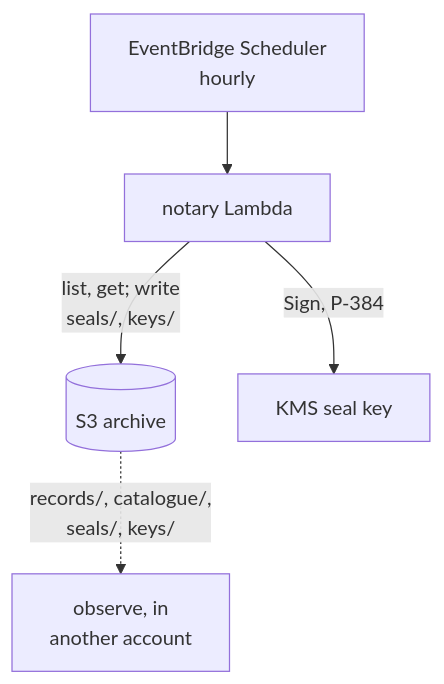
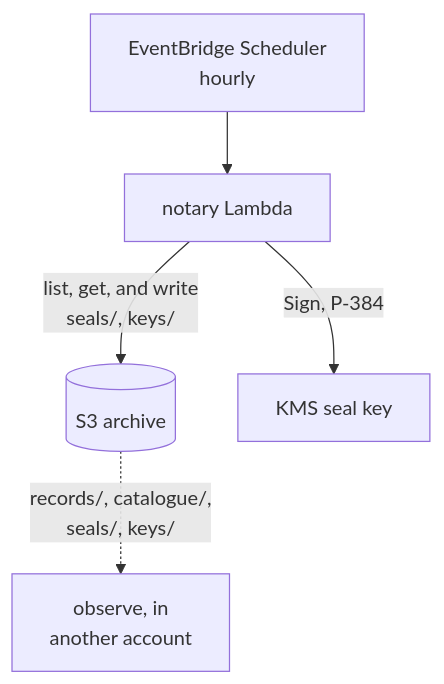
Before and after one commit to truvity/sluis: the second of 3 diagrams in docs/audit/explanation/aws-lambda.md, drawn with Mermaid.

Commit message:
docs: no semicolon in a mermaid edge label

````diff
--- a/docs/audit/explanation/aws-lambda.md
+++ b/docs/audit/explanation/aws-lambda.md
@@ -31,8 +31,8 @@
 ```mermaid
 flowchart TB
   sch["EventBridge Scheduler<br/>hourly"] --> n["notary Lambda"]
   b[("S3 archive")]
-  n -->|"list, get; write<br/>seals/, keys/"| b
+  n -->|"list, get, and write<br/>seals/, keys/"| b
   n -->|"Sign, P-384"| k["KMS seal key"]
   b -. "records/, catalogue/,<br/>seals/, keys/" .-> o["observe, in<br/>another account"]
 ```
````
